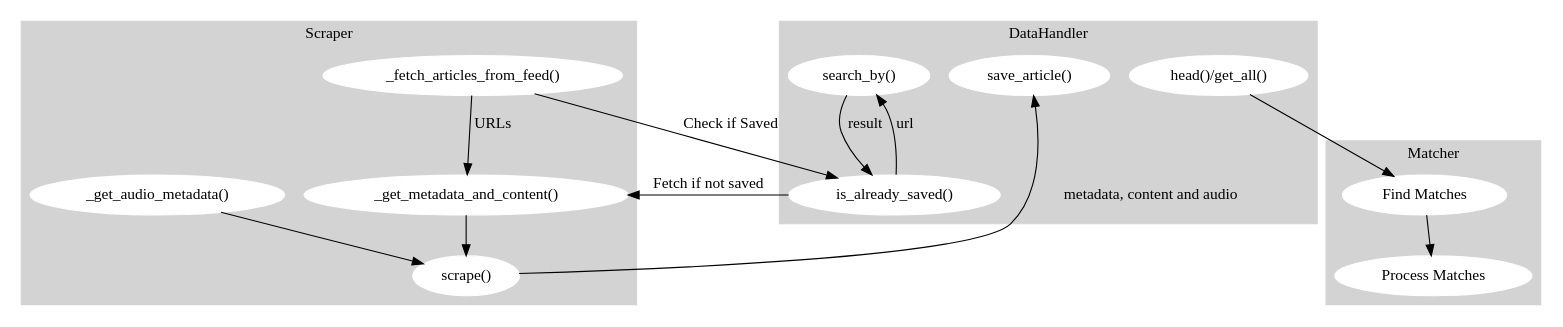
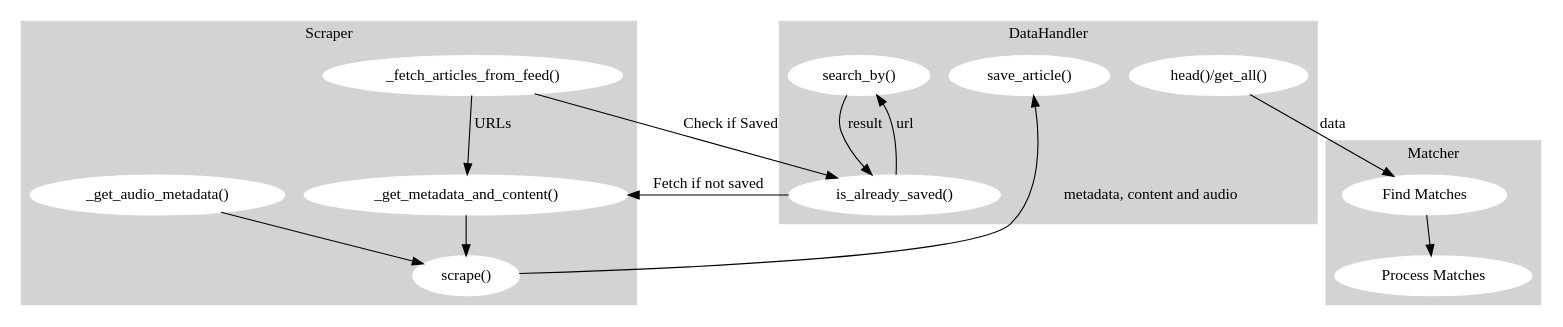
The diagram in midterm_review/grafiken/pipeline_big.dot (larsaars/KIP_EinfachErklaert), drawn with Graphviz before and after one commit. The commit also changed 7 other files, not shown here.

```diff
--- a/midterm_review/grafiken/pipeline_big.dot
+++ b/midterm_review/grafiken/pipeline_big.dot
@@ -1,45 +1,46 @@
 digraph G {
   
   subgraph cluster_0 {
     style=filled;
     color=lightgrey;
     node [style=filled,color=white];
     "_fetch_articles_from_feed()" -> "_get_metadata_and_content()" [label="URLs"];
     "_get_audio_metadata()" -> "scrape()";
     "_get_metadata_and_content()" -> "scrape()";
     label = "Scraper";
   }
 
   subgraph cluster_1 {
     style=filled;
     color=lightgrey;
     node [style=filled,color=white];
     "save_article()";
     "head()/get_all()";
     "search_by()" ->
     "is_already_saved()" [label="result"];
     "is_already_saved()"-> 
     "search_by()"
     [label="url"];
 
     label = "DataHandler";
   }
 
   subgraph cluster_2 {
     style=filled;
     color=lightgrey;
     node [style=filled,color=white];
     "find_matches()" [label="Find Matches"];
     "process_matches()" [label="Process Matches"];
     label = "Matcher";
   }
 
   // Flow modifications
   "_fetch_articles_from_feed()" -> "is_already_saved()" [label="Check if Saved"];
   "is_already_saved()" -> "_get_metadata_and_content()" [label="Fetch if not saved"];
   "scrape()" -> "save_article()" [label="metadata, content and audio"];
 
   // Connections for Matcher cluster
-  "head()/get_all()" -> "find_matches()";
+  "head()/get_all()" -> "find_matches()"[label="data"];
   "find_matches()" -> "process_matches()";
+
 }
```
